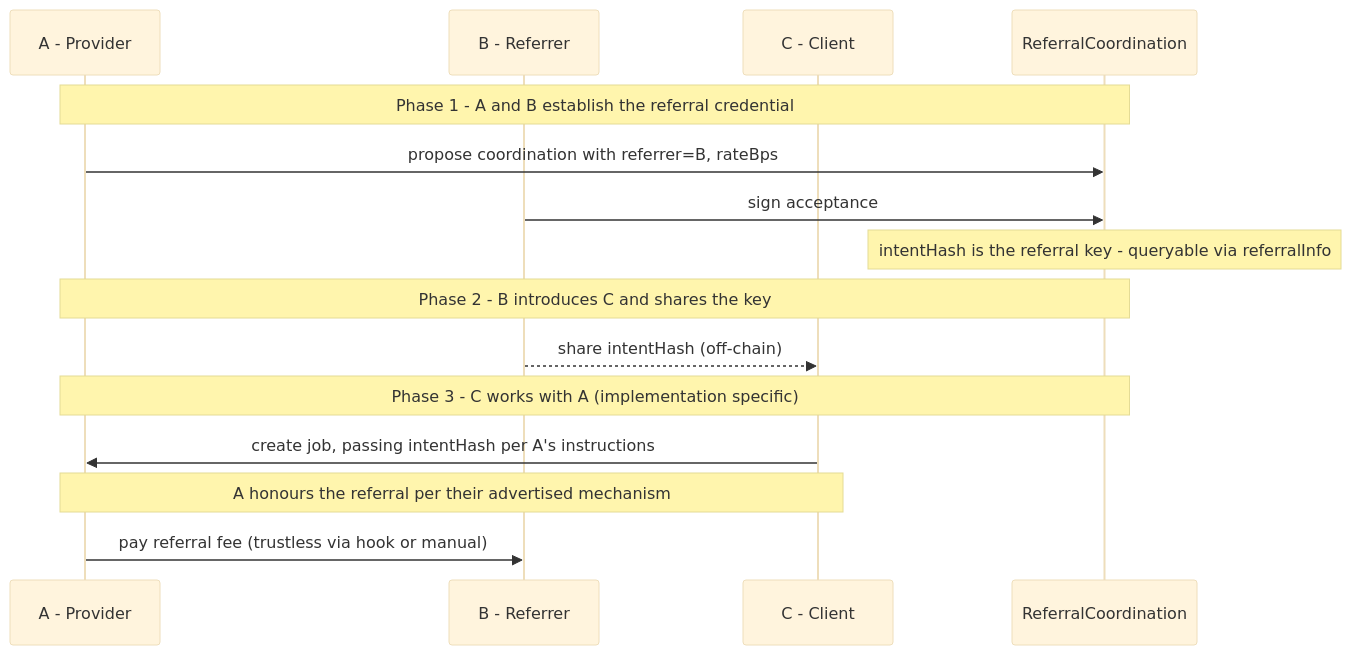
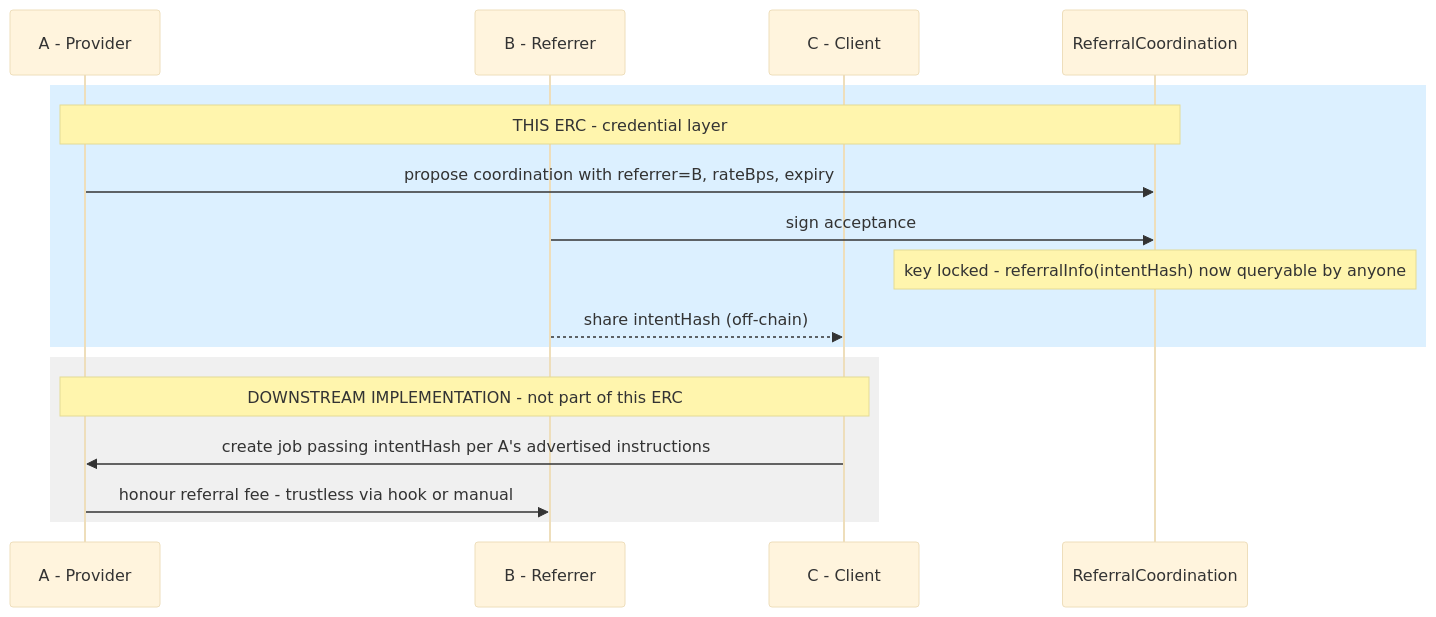
One commit to luca-nik/a2a-referral-erc changed the diagram in README.md. Above: the diagram before and after it, drawn with Mermaid (base theme). The commit also changed other lines of this file, not shown here.

Commit message:
update README: add validUntil, clarify standard boundary in diagram
Use rect blocks to visually separate the credential layer (this ERC)
from downstream implementations.

````diff
--- a/README.md
+++ b/README.md
@@ -42,23 +42,24 @@
 ```mermaid
 sequenceDiagram
     participant A as A - Provider
     participant B as B - Referrer
     participant C as C - Client
     participant RC as ReferralCoordination
 
-    note over A,RC: Phase 1 - A and B establish the referral credential
+    rect rgb(220, 240, 255)
+        note over A,RC: THIS ERC - credential layer
 
-    A->>RC: propose coordination with referrer=B, rateBps
-    B->>RC: sign acceptance
-    note over RC: intentHash is the referral key - queryable via referralInfo
+        A->>RC: propose coordination with referrer=B, rateBps, expiry
+        B->>RC: sign acceptance
+        note over RC: key locked - referralInfo(intentHash) now queryable by anyone
 
-    note over A,RC: Phase 2 - B introduces C and shares the key
+        B-->>C: share intentHash (off-chain)
+    end
 
-    B-->>C: share intentHash (off-chain)
+    rect rgb(240, 240, 240)
+        note over A,C: DOWNSTREAM IMPLEMENTATION - not part of this ERC
 
-    note over A,RC: Phase 3 - C works with A (implementation specific)
-
-    C->>A: create job, passing intentHash per A's instructions
-    note over A,C: A honours the referral per their advertised mechanism
-    A->>B: pay referral fee (trustless via hook or manual)
+        C->>A: create job passing intentHash per A's advertised instructions
+        A->>B: honour referral fee - trustless via hook or manual
+    end
 ```
````
